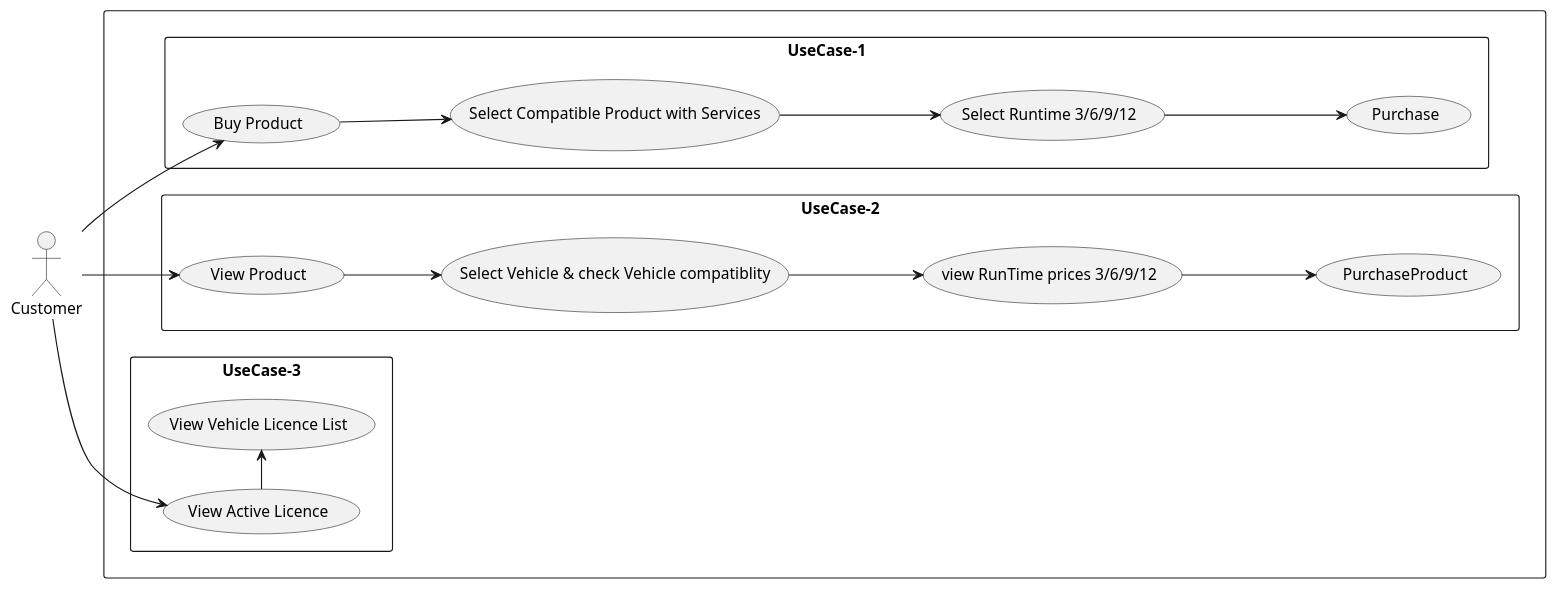
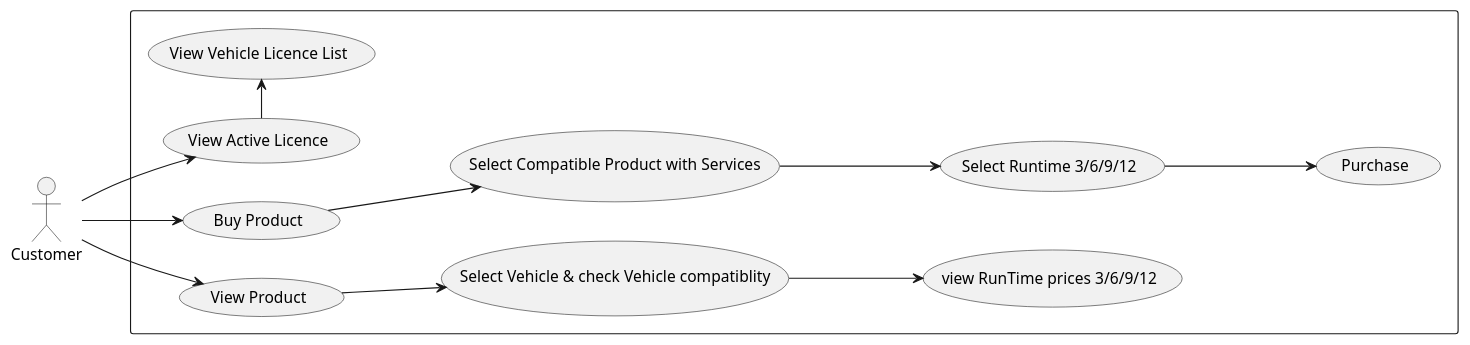
Before and after one commit to ljbg1996/car-backend: the diagram in use case.puml, drawn with PlantUML.

Commit message:
Modified Use-Case

```diff
--- a/use case.puml
+++ b/use case.puml
@@ -1,36 +1,36 @@
 @startuml
 'https://plantuml.com/use-case-diagram
 
 
 left to right direction
 skinparam packageStyle rectangle
 
 actor Customer
 
 
 package {
-rectangle UseCase-1 {
+
+
     Customer --> (Buy Product)
     (Buy Product) --> (Select Compatible Product with Services)
     (Select Compatible Product with Services)---> (Select Runtime 3/6/9/12)
     (Select Runtime 3/6/9/12)---> (Purchase)
 
-}
 
-rectangle UseCase-2 {
+
+
     Customer --> (View Product)
     (View Product) --> (Select Vehicle & check Vehicle compatiblity)
     (Select Vehicle & check Vehicle compatiblity)---> (view RunTime prices 3/6/9/12)
-    (view RunTime prices 3/6/9/12)---> (PurchaseProduct)
 
-}
 
-rectangle UseCase-3 {
+
+
     Customer --> (View Active Licence)
     (View Active Licence) -> (View Vehicle Licence List)
 
 
 
-}
+
 }
 @enduml
```
